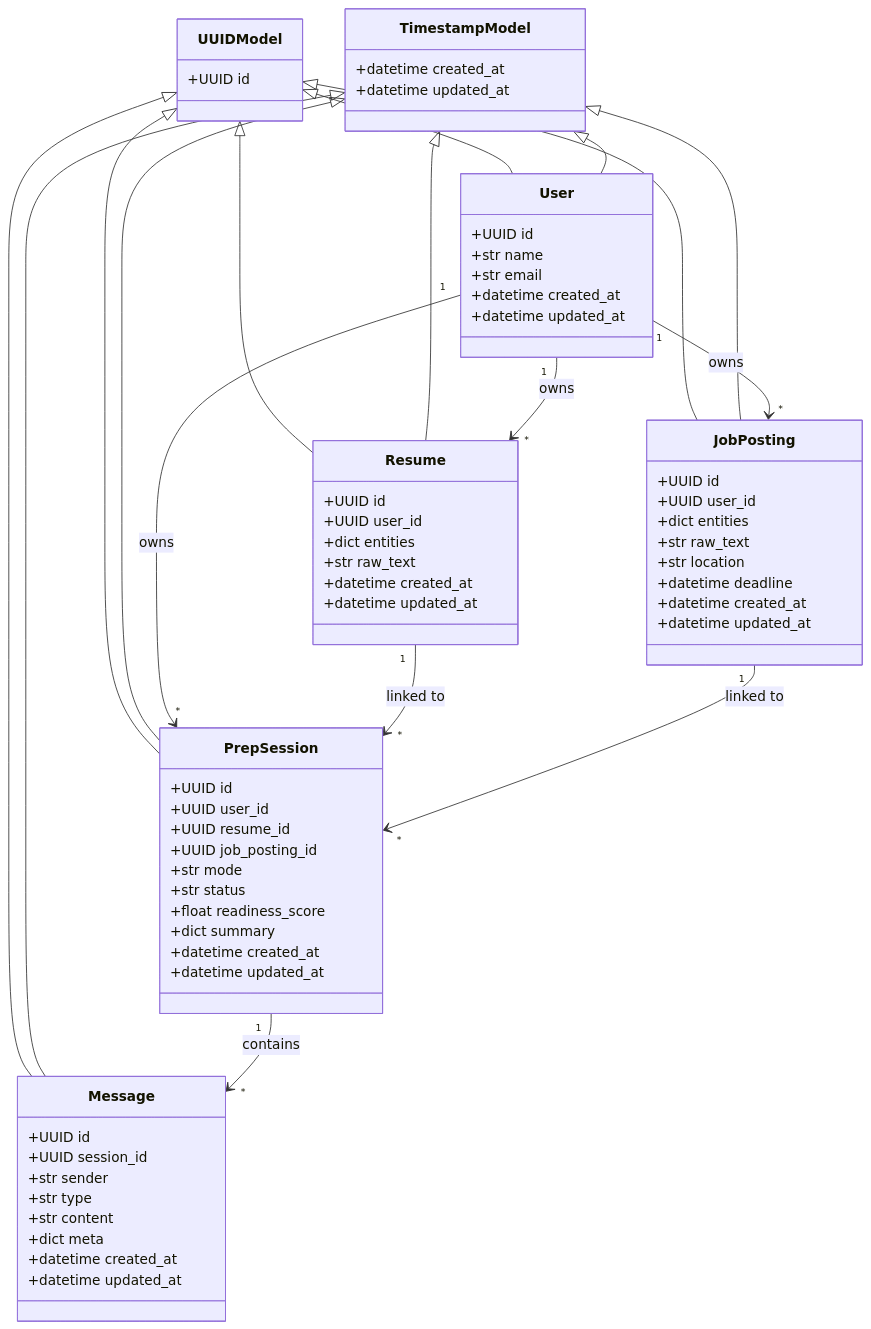
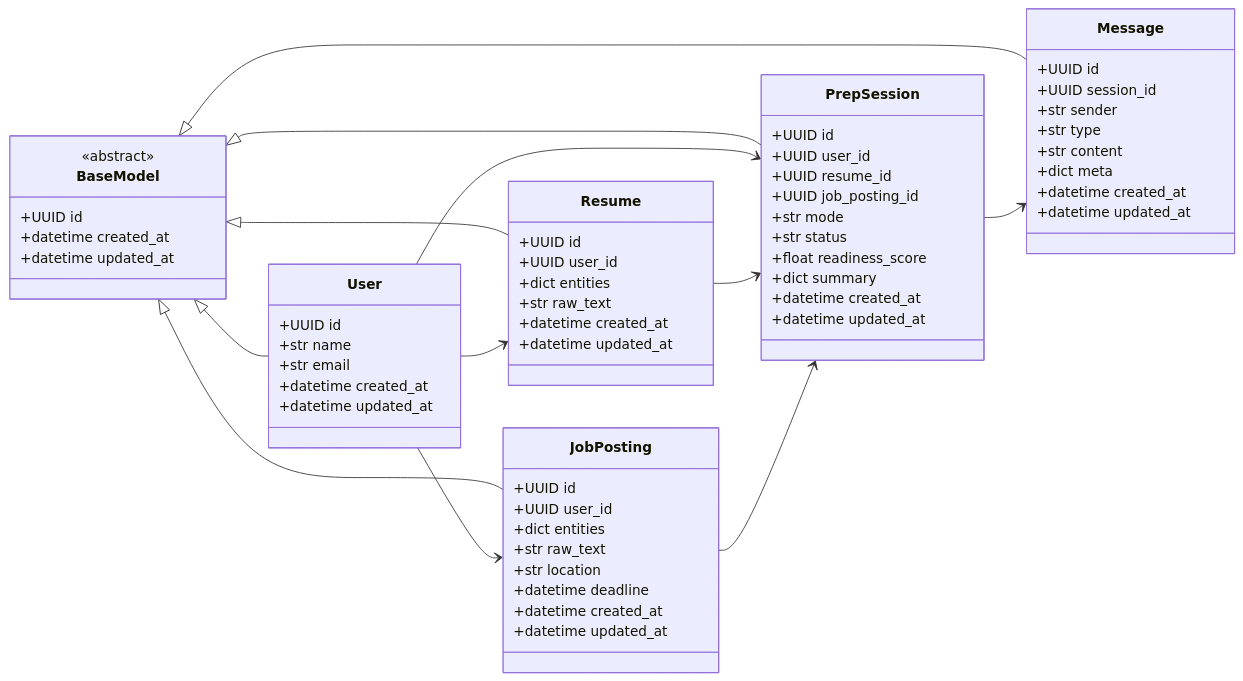
Before and after one commit to dinalUdagedara/model-training-ner: the diagram in docs/ipd/diagrams/04-class-diagram.mmd, drawn with Mermaid. The commit also changed 4 other files, not shown here.

Commit message:
fix: diagrams update

```diff
--- a/docs/ipd/diagrams/04-class-diagram.mmd
+++ b/docs/ipd/diagrams/04-class-diagram.mmd
@@ -1,82 +1,82 @@
 %% Class Diagram - CrackInt Backend
 %% Chapter 6, Section 6.4
 %% Based on app/models.py
+%% Restructured to reduce overlapping: combined base models, LR direction
 
 classDiagram
-    class UUIDModel {
+    direction LR
+
+    %% Base model (combines UUID + Timestamp mixins to reduce inheritance clutter)
+    class BaseModel {
+        <<abstract>>
         +UUID id
-    }
-
-    class TimestampModel {
         +datetime created_at
         +datetime updated_at
     }
 
     class User {
         +UUID id
         +str name
         +str email
         +datetime created_at
         +datetime updated_at
     }
 
     class Resume {
         +UUID id
         +UUID user_id
         +dict entities
         +str raw_text
         +datetime created_at
         +datetime updated_at
     }
 
     class JobPosting {
         +UUID id
         +UUID user_id
         +dict entities
         +str raw_text
         +str location
         +datetime deadline
         +datetime created_at
         +datetime updated_at
     }
 
     class PrepSession {
         +UUID id
         +UUID user_id
         +UUID resume_id
         +UUID job_posting_id
         +str mode
         +str status
         +float readiness_score
         +dict summary
         +datetime created_at
         +datetime updated_at
     }
 
     class Message {
         +UUID id
         +UUID session_id
         +str sender
         +str type
         +str content
         +dict meta
         +datetime created_at
         +datetime updated_at
     }
 
-    UUIDModel <|-- User
-    UUIDModel <|-- Resume
-    UUIDModel <|-- JobPosting
-    UUIDModel <|-- PrepSession
-    UUIDModel <|-- Message
-    TimestampModel <|-- User
-    TimestampModel <|-- Resume
-    TimestampModel <|-- JobPosting
-    TimestampModel <|-- PrepSession
-    TimestampModel <|-- Message
-    User "1" --> "*" Resume : owns
-    User "1" --> "*" JobPosting : owns
-    User "1" --> "*" PrepSession : owns
-    Resume "1" --> "*" PrepSession : linked to
-    JobPosting "1" --> "*" PrepSession : linked to
-    PrepSession "1" --> "*" Message : contains
+    %% Inheritance (5 arrows instead of 10 - much cleaner)
+    BaseModel <|-- User
+    BaseModel <|-- Resume
+    BaseModel <|-- JobPosting
+    BaseModel <|-- PrepSession
+    BaseModel <|-- Message
+
+    %% Associations - domain relationships
+    User --> Resume
+    User --> JobPosting
+    User --> PrepSession
+    Resume --> PrepSession
+    JobPosting --> PrepSession
+    PrepSession --> Message
```
